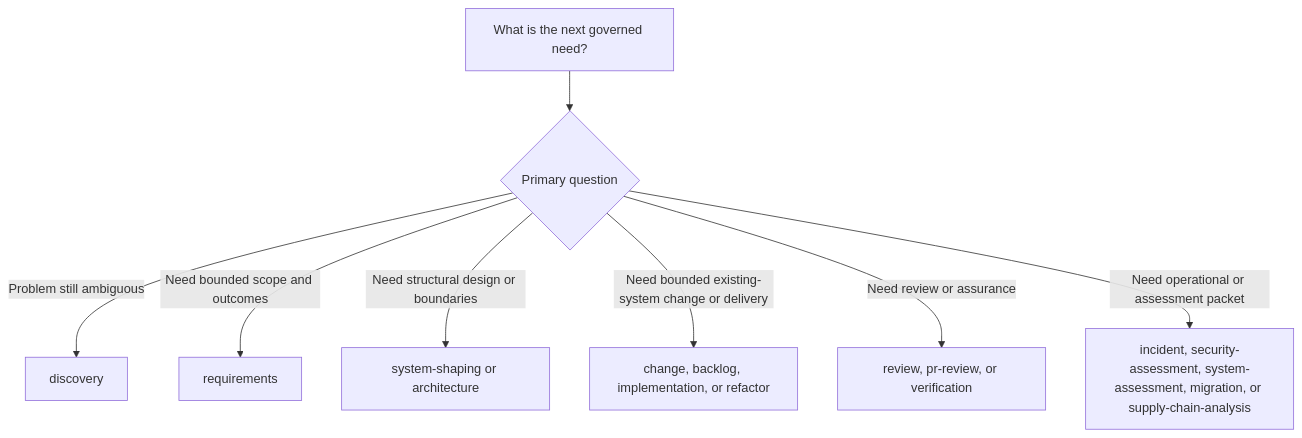
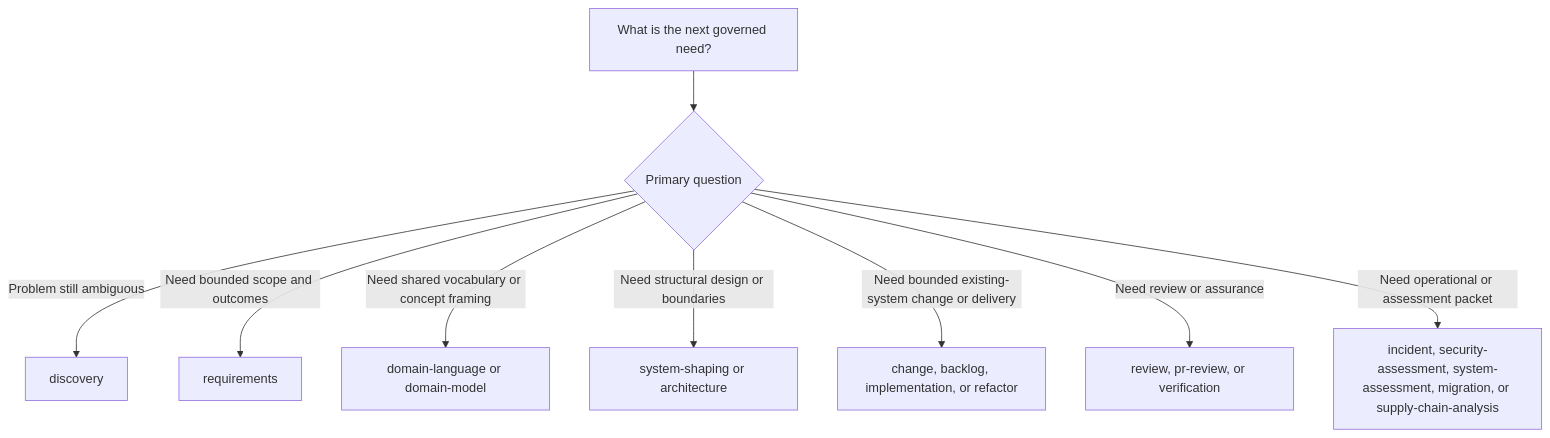
Before and after one commit to apply-the/canon: the first of 6 diagrams in docs/guides/modes.md, drawn with Mermaid. The commit also changed other lines of this file and 41 other files, not shown here.

First line of the commit message:
feat(047): add domain-language and domain-model governed modes

````diff
--- a/docs/guides/modes.md
+++ b/docs/guides/modes.md
@@ -293,10 +305,11 @@
 ```mermaid
 flowchart TD
   A[What is the next governed need?] --> B{Primary question}
   B -->|Problem still ambiguous| D[discovery]
   B -->|Need bounded scope and outcomes| R[requirements]
+  B -->|Need shared vocabulary or concept framing| DF[domain-language or domain-model]
   B -->|Need structural design or boundaries| SD[system-shaping or architecture]
   B -->|Need bounded existing-system change or delivery| CD[change, backlog, implementation, or refactor]
   B -->|Need review or assurance| RA[review, pr-review, or verification]
   B -->|Need operational or assessment packet| OP[incident, security-assessment, system-assessment, migration, or supply-chain-analysis]
 ```
````
